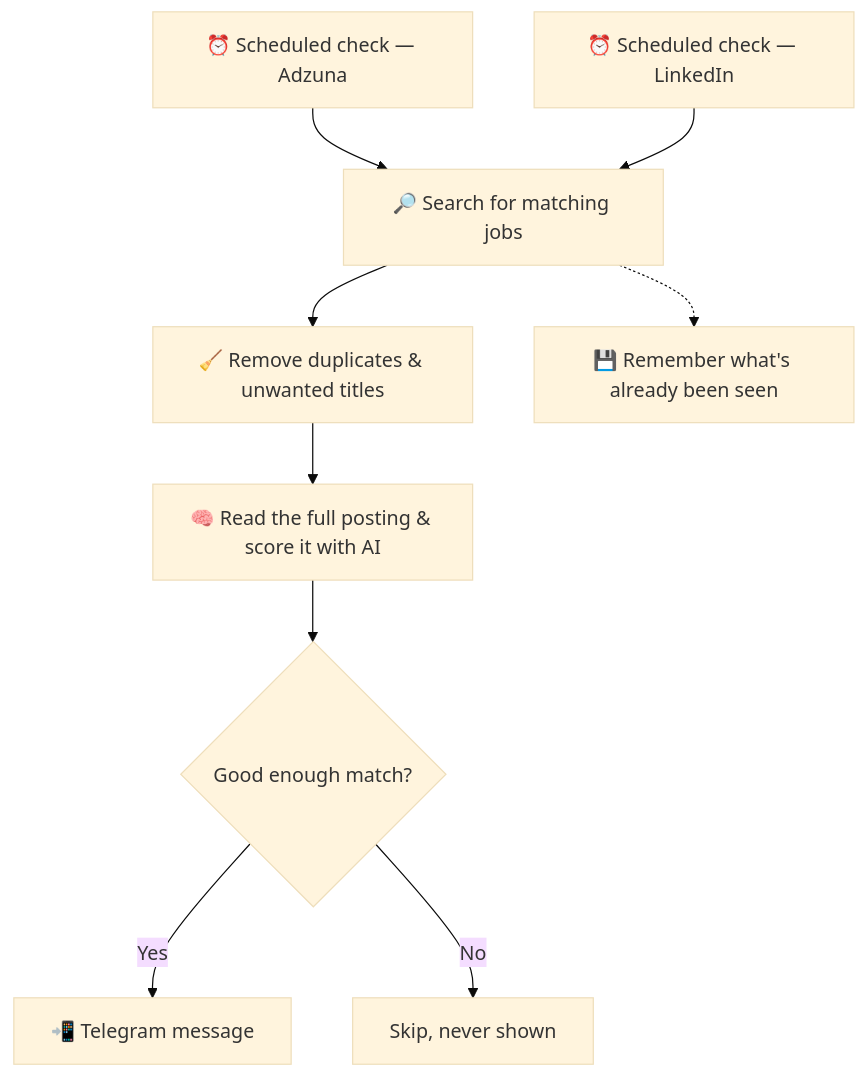
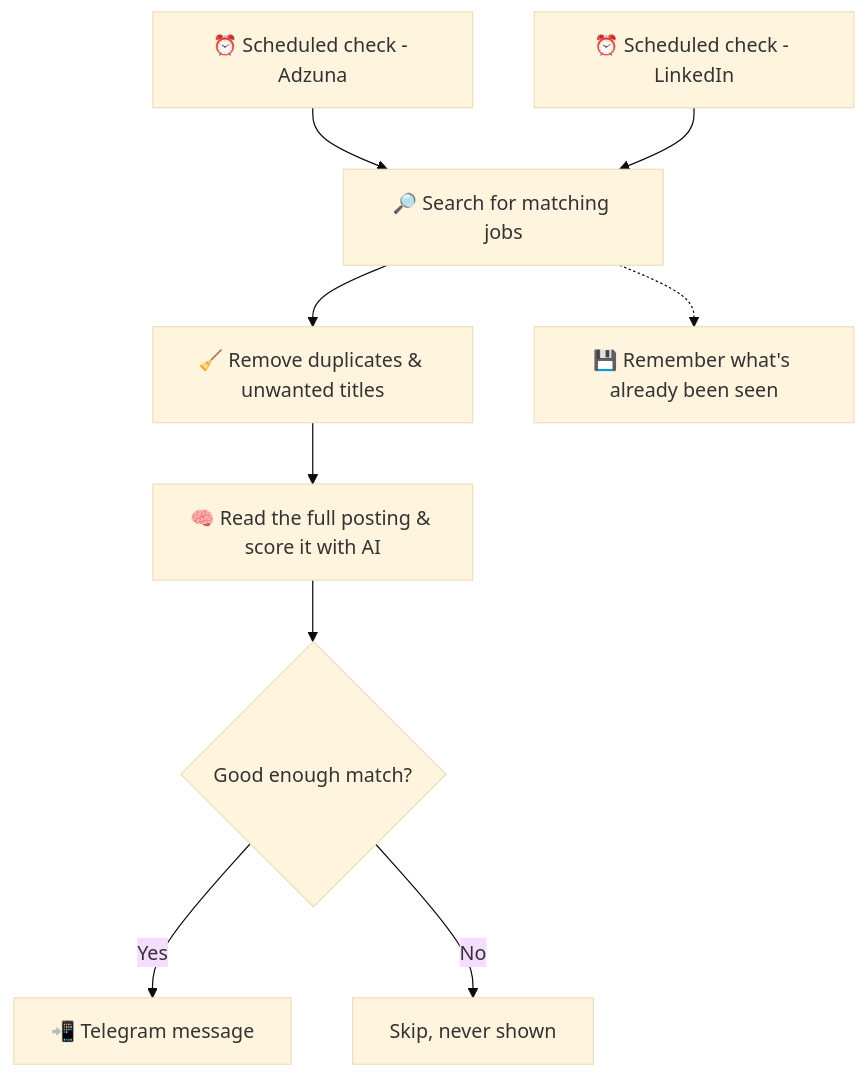
One commit to ranjith-p/job-notify changed the diagram in README.md. Above: the diagram before and after it, drawn with Mermaid (base theme). The commit also changed other lines of this file, not shown here.

````diff
--- a/README.md
+++ b/README.md
@@ -36,15 +36,15 @@
 ```mermaid
 flowchart TB
-    A1["⏰ Scheduled check — Adzuna"]
-    A2["⏰ Scheduled check — LinkedIn"]
+    A1["⏰ Scheduled check - Adzuna"]
+    A2["⏰ Scheduled check - LinkedIn"]
     A1 --> B["🔎 Search for matching jobs"]
     A2 --> B
     B --> C["🧹 Remove duplicates & unwanted titles"]
     C --> D["🧠 Read the full posting & score it with AI"]
     D --> E{"Good enough match?"}
 
     E -->|Yes| F["📲 Telegram message"]
     E -->|No| G["Skip, never shown"]
 
     B -.-> H["💾 Remember what's already been seen"]
 ```
````
